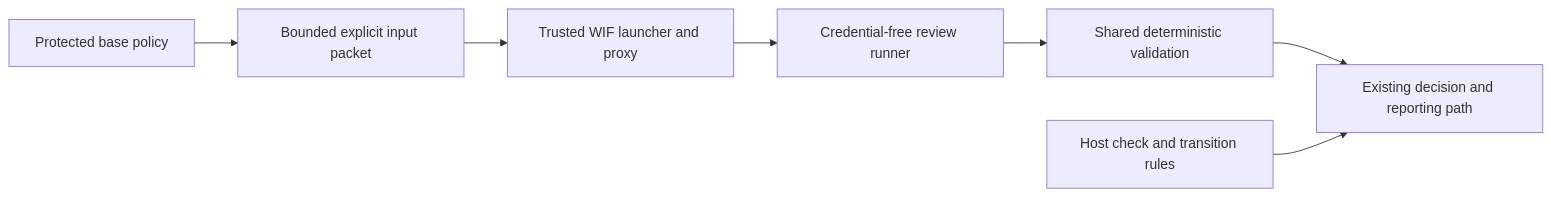
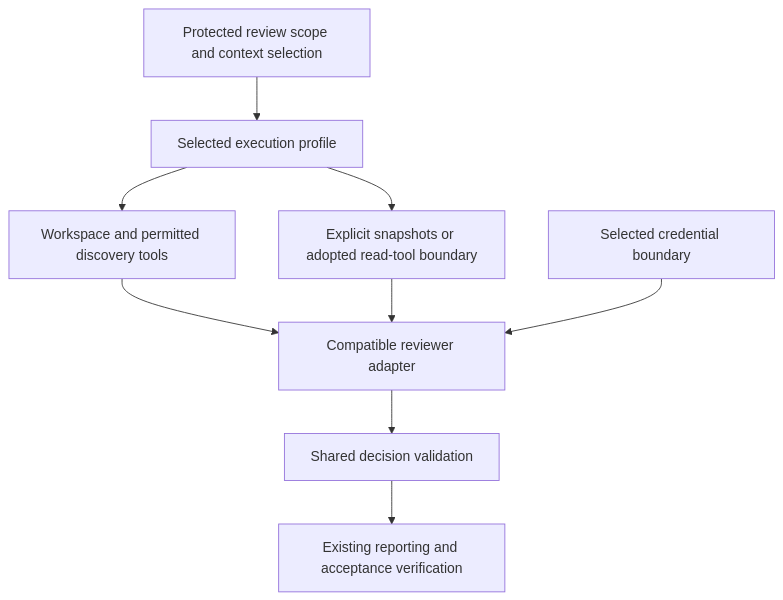
The diagram in docs/investigations/2026-10-04-gemini-ci-delivery-plan.md (flair-agency/architecture-gatekeeper), drawn with Mermaid before and after one commit. The commit also changed other lines of this file, not shown here.

Commit message:
docs: separate reviewer execution and context from provider selection

````diff
--- a/docs/investigations/2026-10-04-gemini-ci-delivery-plan.md
+++ b/docs/investigations/2026-10-04-gemini-ci-delivery-plan.md
@@ -146,9 +120,11 @@
 ```mermaid
-flowchart LR
-  P[Protected base policy] --> I[Bounded explicit input packet]
-  I --> L[Trusted WIF launcher and proxy]
-  L --> R[Credential-free review runner]
-  R --> V[Shared deterministic validation]
-  V --> D[Existing decision and reporting path]
-  H[Host check and transition rules] --> D
+flowchart TD
+  P[Protected review scope and context selection] --> E[Selected execution profile]
+  E --> W[Workspace and permitted discovery tools]
+  E --> C[Explicit snapshots or adopted read-tool boundary]
+  W --> A[Compatible reviewer adapter]
+  C --> A
+  K[Selected credential boundary] --> A
+  A --> V[Shared decision validation]
+  V --> R[Existing reporting and acceptance verification]
 ```
````
